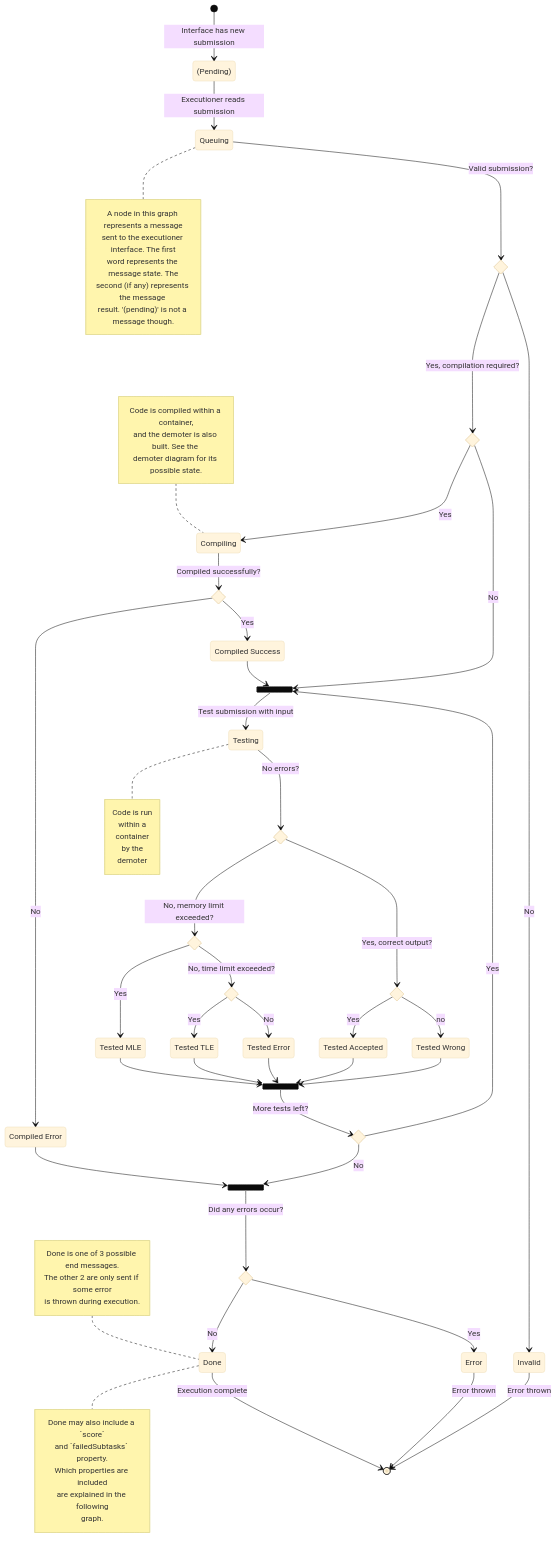
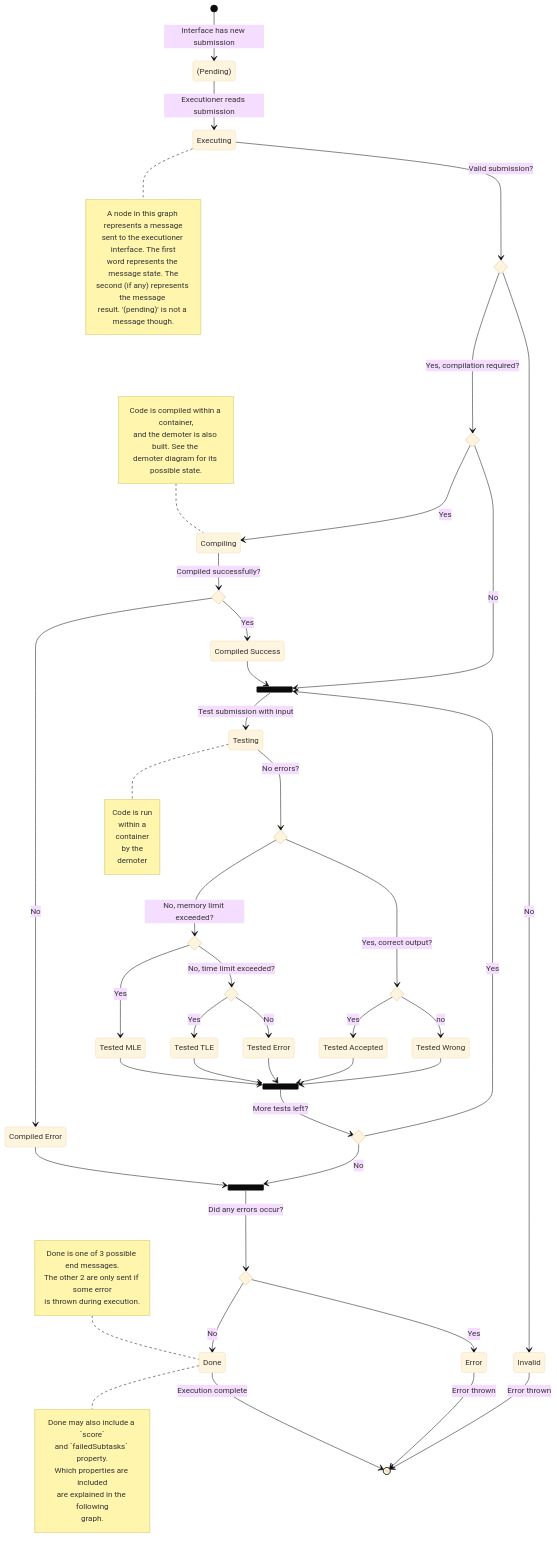
Before and after one commit to CP-STA/STAOJ: the first of 2 diagrams in docs/executioner/executioner.md, drawn with Mermaid (base theme). The commit also changed 5 other files, not shown here.

Commit message:
Changed executioner 'queuing' to 'executing' Formatted code

```diff
--- a/docs/executioner/executioner.md
+++ b/docs/executioner/executioner.md
@@ -27,7 +27,7 @@
 state join_done <<join>>
 
 pending: (Pending)
-queued: Queuing
+executing: Executing
 compiling: Compiling
 compiled_success: Compiled Success
 compiled_error: Compiled Error
@@ -41,7 +41,7 @@
 error: Error
 invalid: Invalid
 
-note right of queued
+note right of executing
   A node in this graph represents a message
   sent to the executioner interface. The first
   word represents the message state. The
@@ -80,8 +80,8 @@
 end note
 
 [*]-->pending: Interface has new submission
-pending-->queued: Executioner reads submission
-queued-->is_valid: Valid submission?
+pending-->executing: Executioner reads submission
+executing-->is_valid: Valid submission?
 is_valid-->is_compile_needed: Yes, compilation required?
 is_valid-->invalid: No
 invalid-->[*]: Error thrown
```
